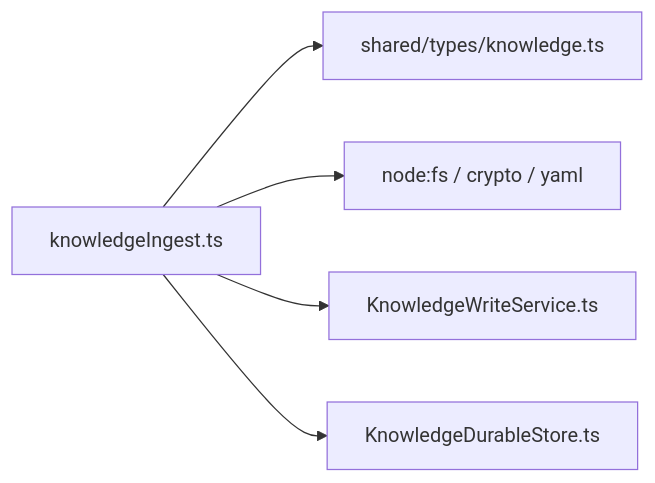
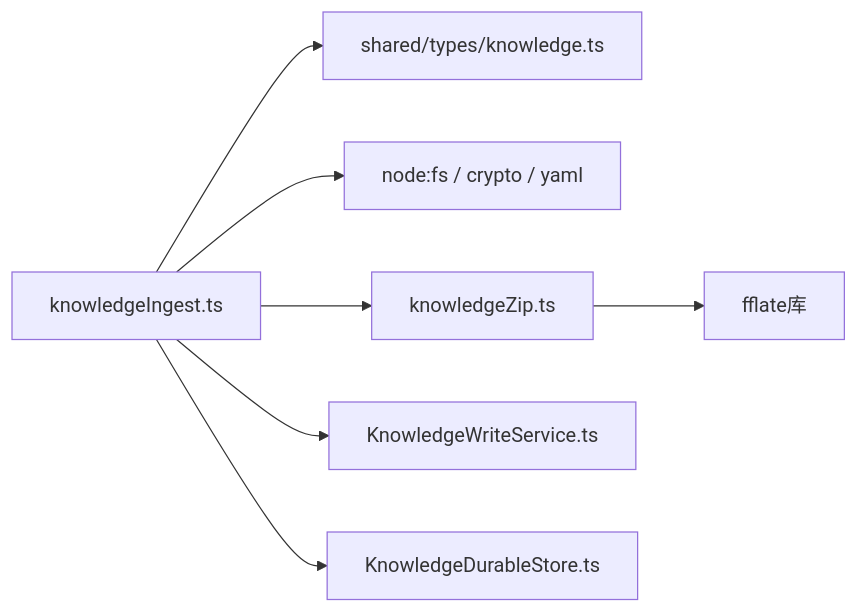
Before and after one commit to haolange/RDC-Agent: the fourth of 4 diagrams in .qoder/repowiki/zh/content/架构设计/核心组件设计/知识编译服务设计/冷数据导入.md, drawn with Mermaid. The commit also changed other lines of this file and 28 other files, not shown here.

````diff
--- a/.qoder/repowiki/zh/content/架构设计/核心组件设计/知识编译服务设计/冷数据导入.md
+++ b/.qoder/repowiki/zh/content/架构设计/核心组件设计/知识编译服务设计/冷数据导入.md
@@ -233,7 +285,9 @@
 ```mermaid
 graph LR
 KI["knowledgeIngest.ts"] --> T["shared/types/knowledge.ts"]
 KI --> FS["node:fs / crypto / yaml"]
+KI --> KZ["knowledgeZip.ts"]
 KI --> WS["KnowledgeWriteService.ts"]
 KI --> DS["KnowledgeDurableStore.ts"]
+KZ --> FF["fflate库"]
 ```
````
